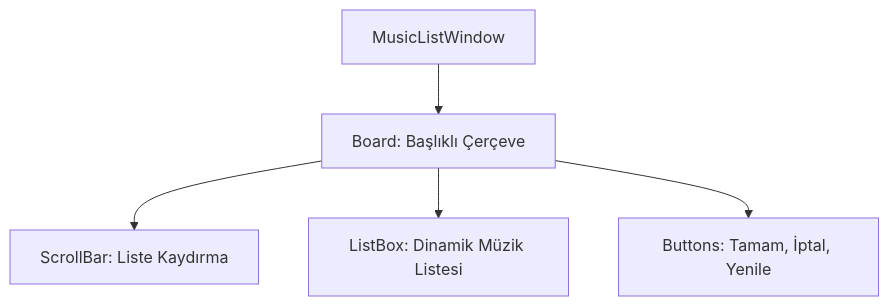
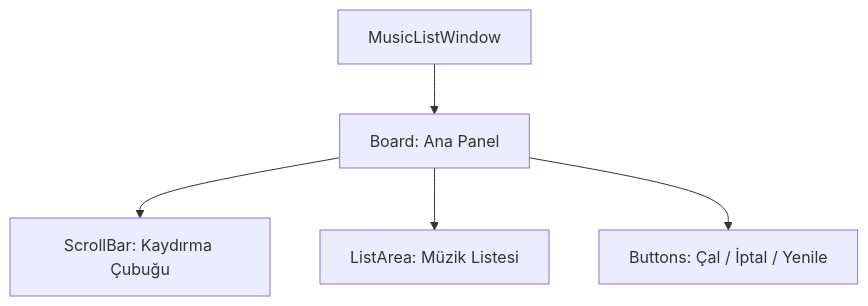
One commit to Engin622/Metin2-Pack-Agent-Skills changed the diagram in uiscript/musiclistwindow/skills.md. Above: the diagram before and after it, drawn with Mermaid. The commit also changed other lines of this file and 65 other files, not shown here.

````diff
--- a/uiscript/musiclistwindow/skills.md
+++ b/uiscript/musiclistwindow/skills.md
@@ -31,7 +23,7 @@
 ```mermaid
 graph TD
-    A[MusicListWindow] --> B[Board: Başlıklı Çerçeve]
-    B --> C[ScrollBar: Liste Kaydırma]
-    B --> D[ListBox: Dinamik Müzik Listesi]
-    B --> E[Buttons: Tamam, İptal, Yenile]
+    A[MusicListWindow] --> B[Board: Ana Panel]
+    B --> C[ScrollBar: Kaydırma Çubuğu]
+    B --> D[ListArea: Müzik Listesi]
+    B --> E[Buttons: Çal / İptal / Yenile]
 ```
````
